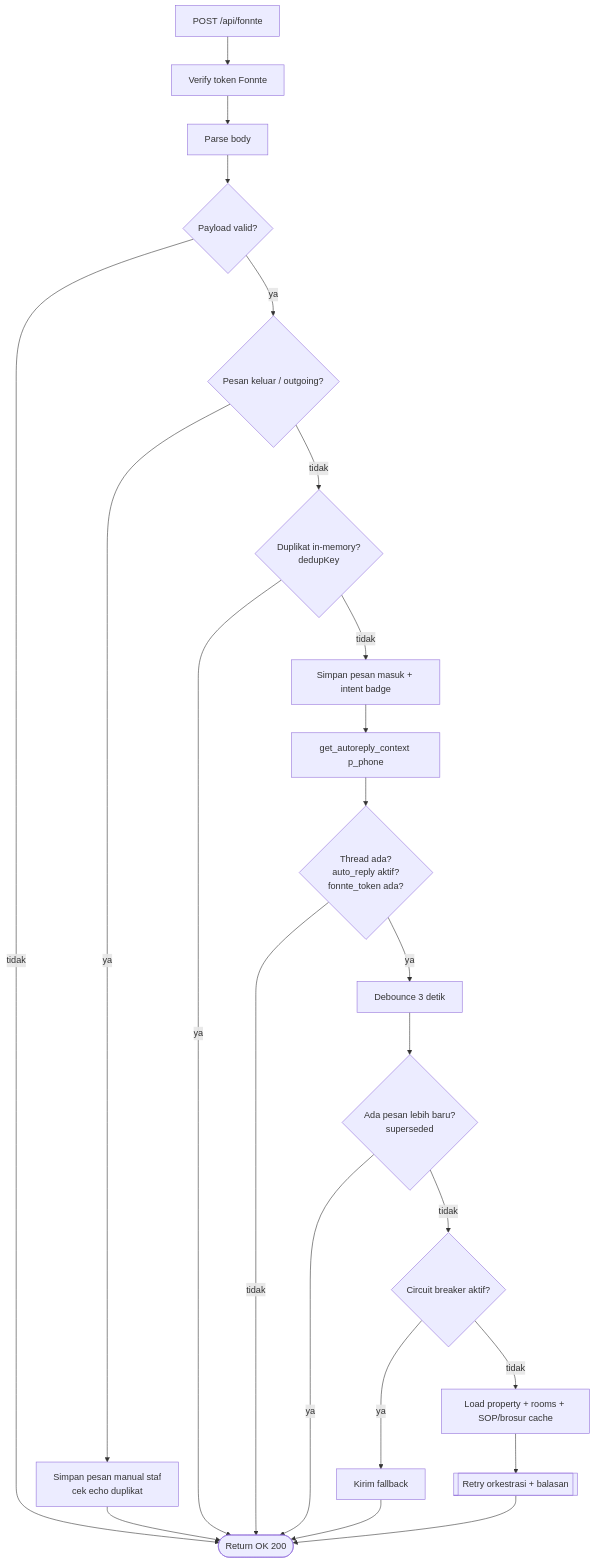
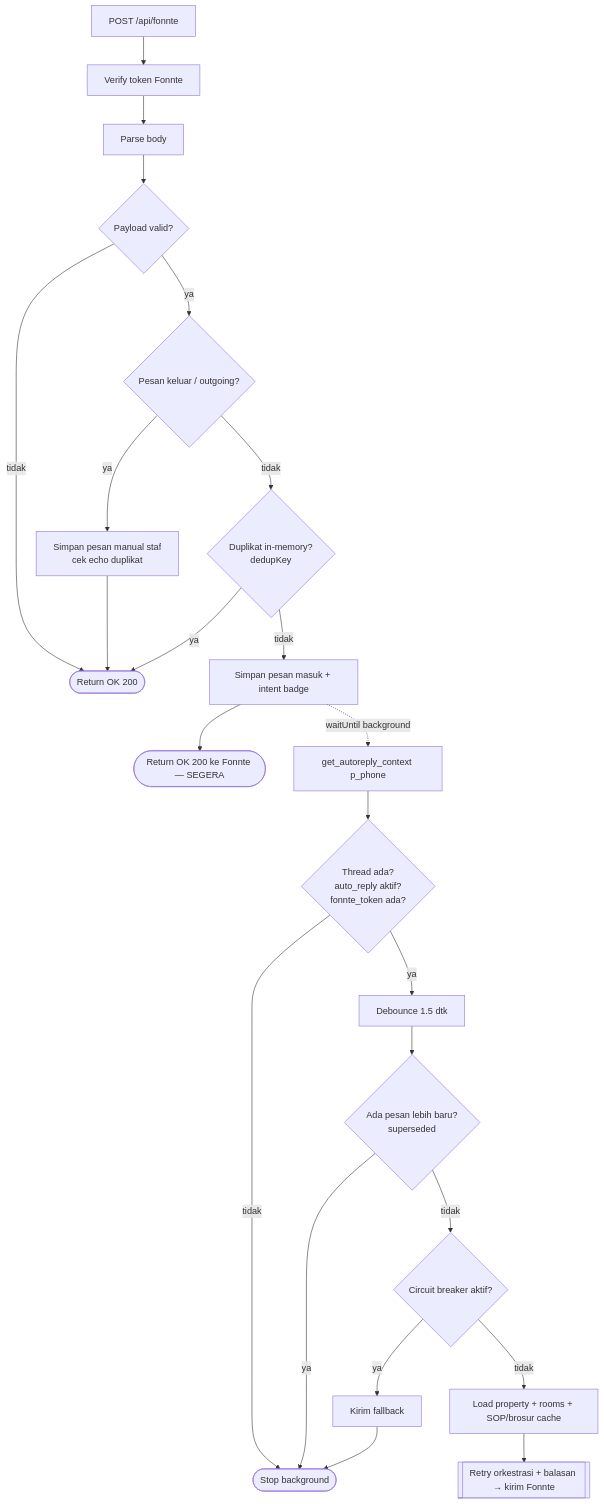
The first of 3 diagrams in docs/chatbot-flow.md (pomahguesthouse-cyber/new-pomah), drawn with Mermaid before and after one commit. The commit also changed other lines of this file and 3 other files, not shown here.

````diff
--- a/docs/chatbot-flow.md
+++ b/docs/chatbot-flow.md
@@ -10,23 +10,23 @@
 ```mermaid
 flowchart TD
     A[POST /api/fonnte] --> B[Verify token Fonnte]
     B --> C[Parse body]
     C --> D{Payload valid?}
     D -- tidak --> Z([Return OK 200])
     D -- ya --> E{Pesan keluar / outgoing?}
     E -- ya --> E1[Simpan pesan manual staf<br/>cek echo duplikat] --> Z
     E -- tidak --> F{Duplikat in-memory?<br/>dedupKey}
     F -- ya --> Z
     F -- tidak --> G[Simpan pesan masuk + intent badge]
-    G --> H[get_autoreply_context p_phone]
+    G --> R200([Return OK 200 ke Fonnte — SEGERA])
+    G -. waitUntil background .-> H[get_autoreply_context p_phone]
     H --> I{Thread ada?<br/>auto_reply aktif?<br/>fonnte_token ada?}
-    I -- tidak --> Z
-    I -- ya --> J[Debounce 3 detik]
+    I -- tidak --> STOP([Stop background])
+    I -- ya --> J[Debounce 1.5 dtk]
     J --> K{Ada pesan lebih baru?<br/>superseded}
-    K -- ya --> Z
+    K -- ya --> STOP
     K -- tidak --> L{Circuit breaker aktif?}
-    L -- ya --> M[Kirim fallback] --> Z
+    L -- ya --> M[Kirim fallback] --> STOP
     L -- tidak --> N[Load property + rooms + SOP/brosur cache]
-    N --> O[[Retry orkestrasi + balasan]]
-    O --> Z
+    N --> O[[Retry orkestrasi + balasan → kirim Fonnte]]
 ```
````
